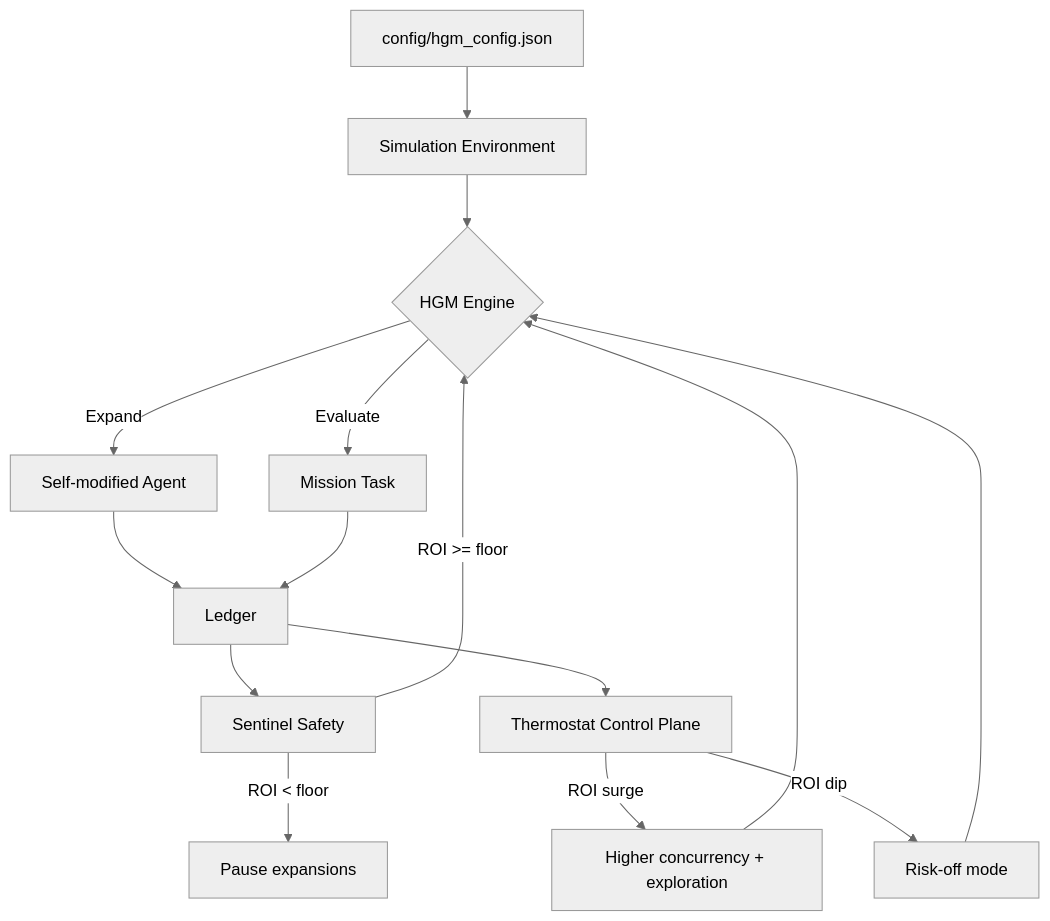
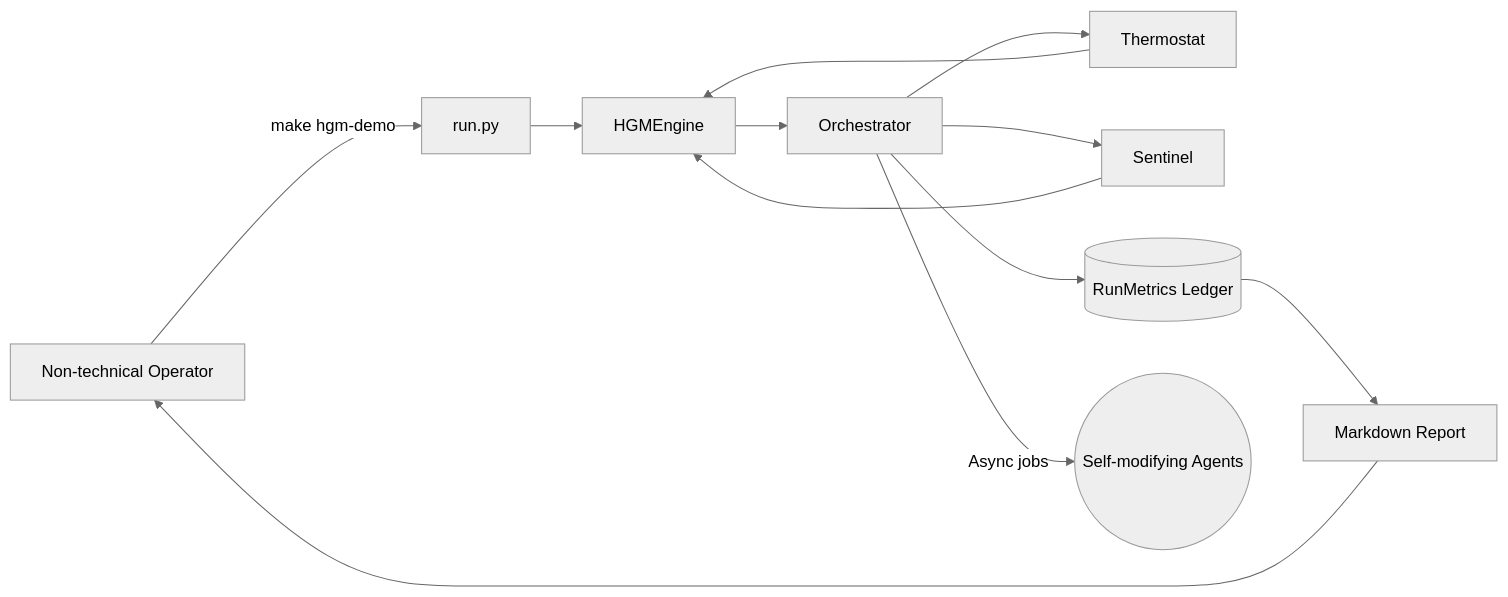
One commit to MontrealAI/AGIJobsv0 changed the diagram in demo/Huxley-Godel-Machine-v0/README.md. Above: the diagram before and after it, drawn with Mermaid (neutral theme). The commit also changed other lines of this file and 16 other files, not shown here.

Commit message:
Add HGM powerhouse demo with simulation, UI, and guardrails

````diff
--- a/demo/Huxley-Godel-Machine-v0/README.md
+++ b/demo/Huxley-Godel-Machine-v0/README.md
@@ -59,17 +38,14 @@
 ```mermaid
-flowchart TD
-    A[config/hgm_config.json] --> B[Simulation Environment]
-    B --> C{HGM Engine}
-    C -->|Expand| D[Self-modified Agent]
-    C -->|Evaluate| E[Mission Task]
-    D --> F[Ledger]
-    E --> F
-    F --> G[Sentinel Safety]
-    F --> H[Thermostat Control Plane]
-    G -->|ROI >= floor| C
-    G -->|ROI < floor| I[Pause expansions]
-    H -->|ROI surge| J[Higher concurrency + exploration]
-    H -->|ROI dip| K[Risk-off mode]
-    J --> C
-    K --> C
+flowchart LR
+    User[Non-technical Operator] -->|make hgm-demo| CLI[run.py]
+    CLI --> Engine[HGMEngine]
+    Engine --> Orchestrator
+    Orchestrator --> Thermostat
+    Orchestrator --> Sentinel
+    Orchestrator --> Metrics[(RunMetrics Ledger)]
+    Orchestrator -->|Async jobs| Agents((Self-modifying Agents))
+    Thermostat --> Engine
+    Sentinel --> Engine
+    Metrics --> Report[Markdown Report]
+    Report --> User
 ```
````
